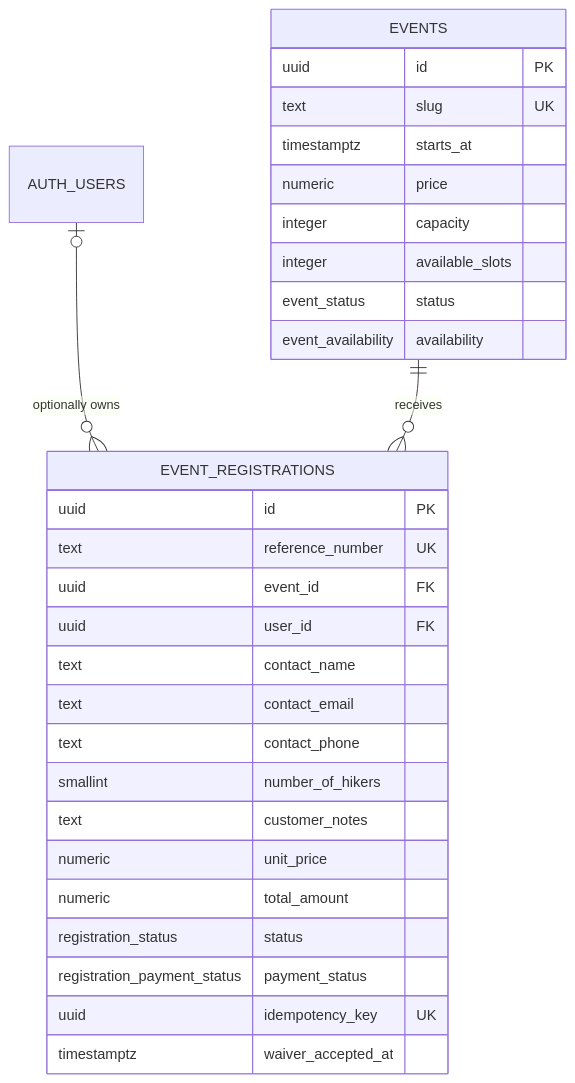
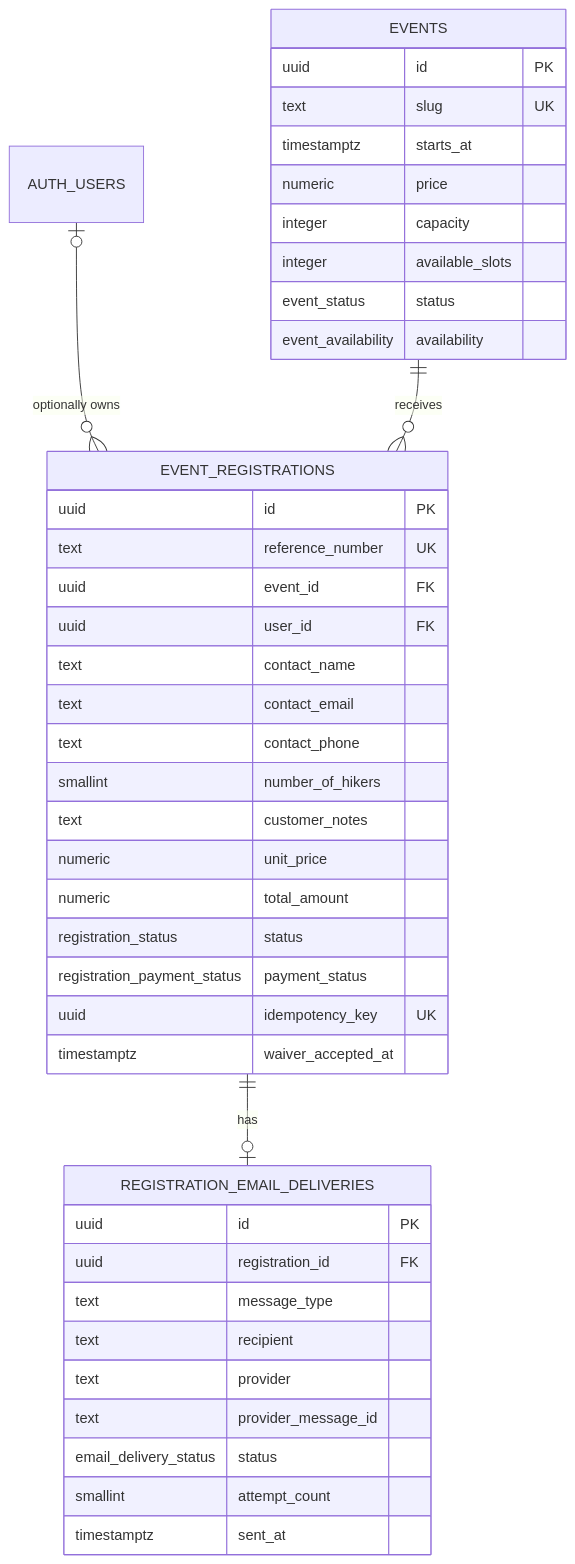
The fifth of 5 diagrams in docs/architecture.md (rathish24/dubaihikers), drawn with Mermaid before and after one commit. The commit also changed other lines of this file and 17 other files, not shown here.

Commit message:
Add registration email delivery tracking

````diff
--- a/docs/architecture.md
+++ b/docs/architecture.md
@@ -238,34 +241,48 @@
 ```mermaid
 erDiagram
     AUTH_USERS o|--o{ EVENT_REGISTRATIONS : "optionally owns"
     EVENTS ||--o{ EVENT_REGISTRATIONS : "receives"
 
     EVENTS {
         uuid id PK
         text slug UK
         timestamptz starts_at
         numeric price
         integer capacity
         integer available_slots
         event_status status
         event_availability availability
     }
 
     EVENT_REGISTRATIONS {
         uuid id PK
         text reference_number UK
         uuid event_id FK
         uuid user_id FK
         text contact_name
         text contact_email
         text contact_phone
         smallint number_of_hikers
         text customer_notes
         numeric unit_price
         numeric total_amount
         registration_status status
         registration_payment_status payment_status
         uuid idempotency_key UK
         timestamptz waiver_accepted_at
     }
+
+    EVENT_REGISTRATIONS ||--o| REGISTRATION_EMAIL_DELIVERIES : "has"
+
+    REGISTRATION_EMAIL_DELIVERIES {
+        uuid id PK
+        uuid registration_id FK
+        text message_type
+        text recipient
+        text provider
+        text provider_message_id
+        email_delivery_status status
+        smallint attempt_count
+        timestamptz sent_at
+    }
 ```
````
